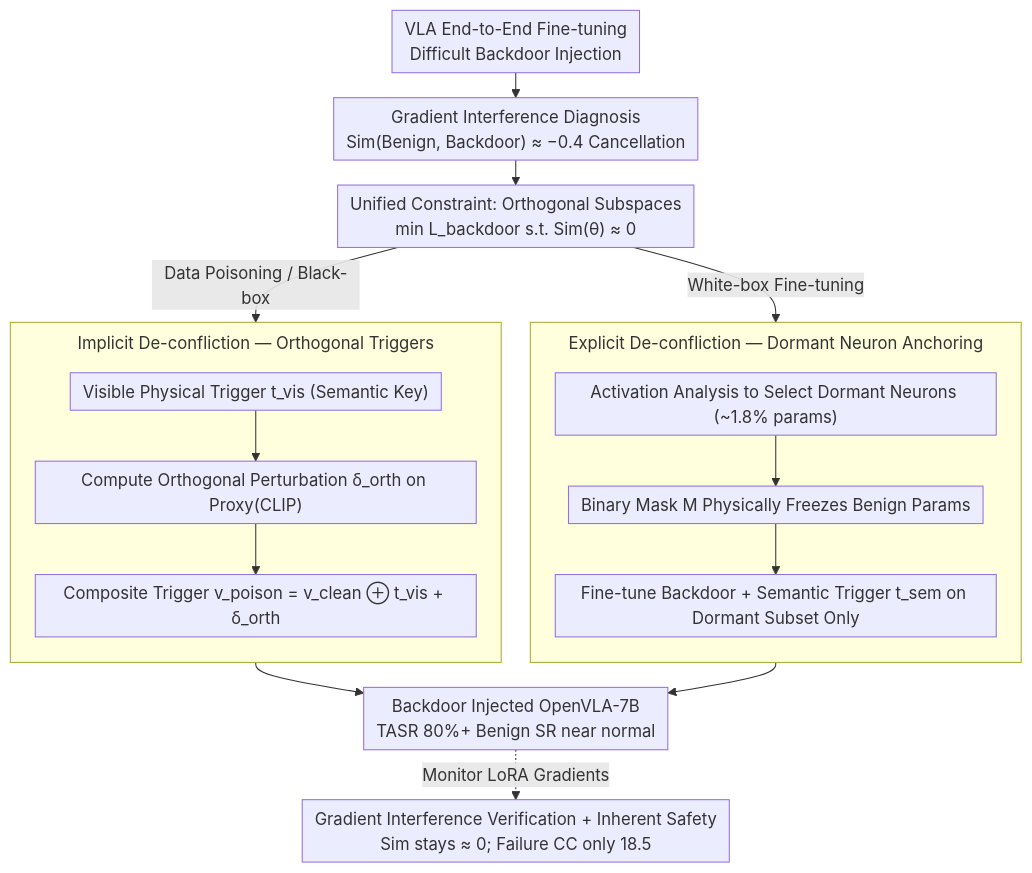
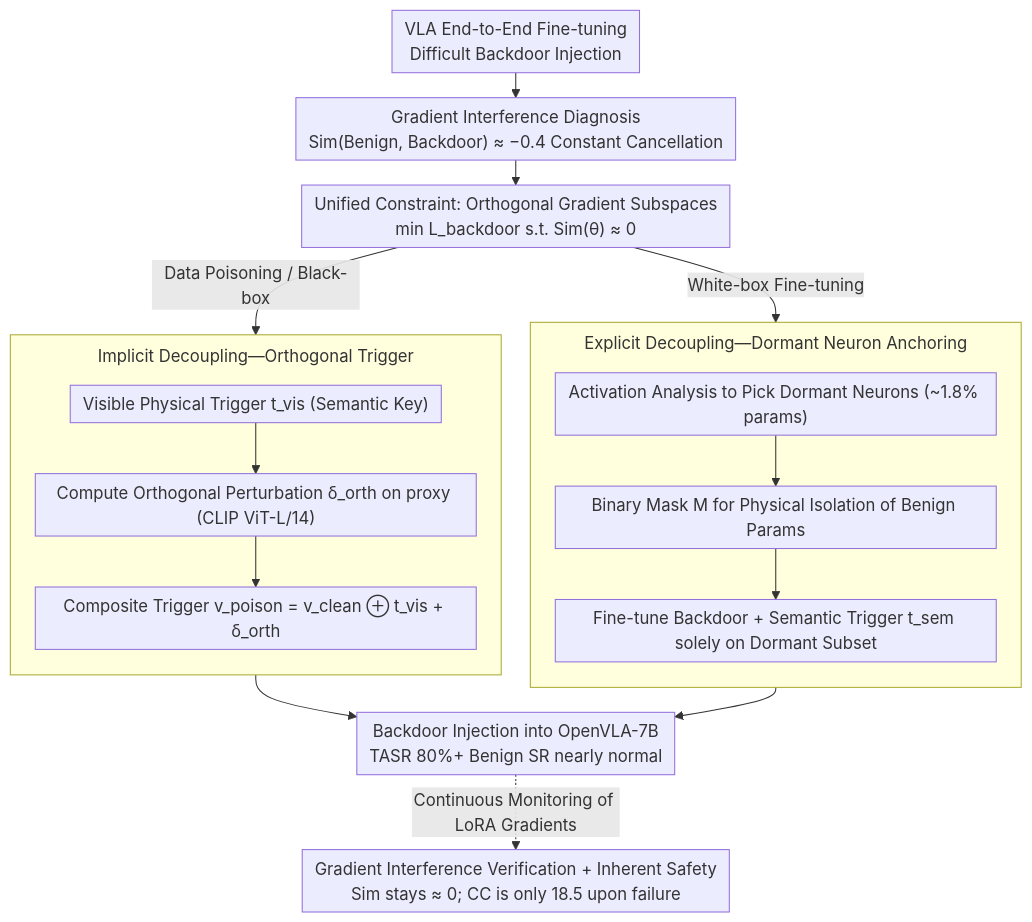
The diagram in docs/ACL2026/llm_safety/ataat_adaptive_threat-aware_adversarial_tuning_framework_against_backdoor_attack.md (zhaoyang97/Paper-Notes-en), drawn with Mermaid before and after one commit. The commit also changed other lines of this file and 5084 other files, not shown here.

````diff
--- a/docs/ACL2026/llm_safety/ataat_adaptive_threat-aware_adversarial_tuning_framework_against_backdoor_attack.md
+++ b/docs/ACL2026/llm_safety/ataat_adaptive_threat-aware_adversarial_tuning_framework_against_backdoor_attack.md
@@ -42,21 +42,21 @@
 ```mermaid
 %%{init: {'flowchart': {'rankSpacing': 24, 'nodeSpacing': 28, 'padding': 6, 'wrappingWidth': 400, 'subGraphTitleMargin': {'top': 8, 'bottom': 16}}}}%%
 flowchart TD
-    A["VLA End-to-End Fine-tuning<br/>Difficult Backdoor Injection"] --> B["Gradient Interference Diagnosis<br/>Sim(Benign, Backdoor) ≈ −0.4 Cancellation"]
-    B --> C["Unified Constraint: Orthogonal Subspaces<br/>min L_backdoor  s.t. Sim(θ) ≈ 0"]
+    A["VLA End-to-End Fine-tuning<br/>Difficult Backdoor Injection"] --> B["Gradient Interference Diagnosis<br/>Sim(Benign, Backdoor) ≈ −0.4 Constant Cancellation"]
+    B --> C["Unified Constraint: Orthogonal Gradient Subspaces<br/>min L_backdoor  s.t. Sim(θ) ≈ 0"]
     C -->|"Data Poisoning / Black-box"| D
     C -->|"White-box Fine-tuning"| G
-    subgraph D["Implicit De-confliction — Orthogonal Triggers"]
+    subgraph D["Implicit Decoupling—Orthogonal Trigger"]
         direction TB
-        D1["Visible Physical Trigger t_vis (Semantic Key)"] --> D2["Compute Orthogonal Perturbation δ_orth on Proxy(CLIP)"]
+        D1["Visible Physical Trigger t_vis (Semantic Key)"] --> D2["Compute Orthogonal Perturbation δ_orth on proxy (CLIP ViT-L/14)"]
         D2 --> D3["Composite Trigger v_poison = v_clean ⊕ t_vis + δ_orth"]
     end
-    subgraph G["Explicit De-confliction — Dormant Neuron Anchoring"]
+    subgraph G["Explicit Decoupling—Dormant Neuron Anchoring"]
         direction TB
-        G1["Activation Analysis to Select Dormant Neurons (~1.8% params)"] --> G2["Binary Mask M Physically Freezes Benign Params"]
-        G2 --> G3["Fine-tune Backdoor + Semantic Trigger t_sem on Dormant Subset Only"]
+        G1["Activation Analysis to Pick Dormant Neurons (~1.8% params)"] --> G2["Binary Mask M for Physical Isolation of Benign Params"]
+        G2 --> G3["Fine-tune Backdoor + Semantic Trigger t_sem solely on Dormant Subset"]
     end
-    D --> H["Backdoor Injected OpenVLA-7B<br/>TASR 80%+ Benign SR near normal"]
+    D --> H["Backdoor Injection into OpenVLA-7B<br/>TASR 80%+ Benign SR nearly normal"]
     G --> H
-    H -.->|"Monitor LoRA Gradients"| I["Gradient Interference Verification + Inherent Safety<br/>Sim stays ≈ 0; Failure CC only 18.5"]
+    H -.->|"Continuous Monitoring of LoRA Gradients"| I["Gradient Interference Verification + Inherent Safety<br/>Sim stays ≈ 0; CC is only 18.5 upon failure"]
 ```
````
